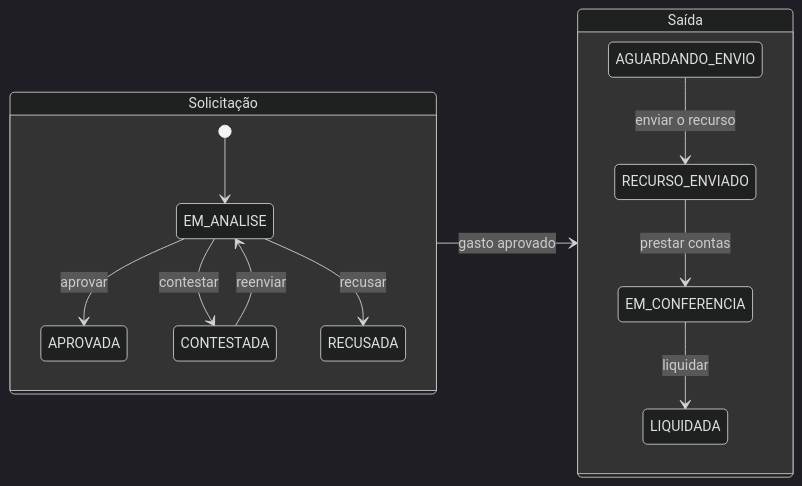
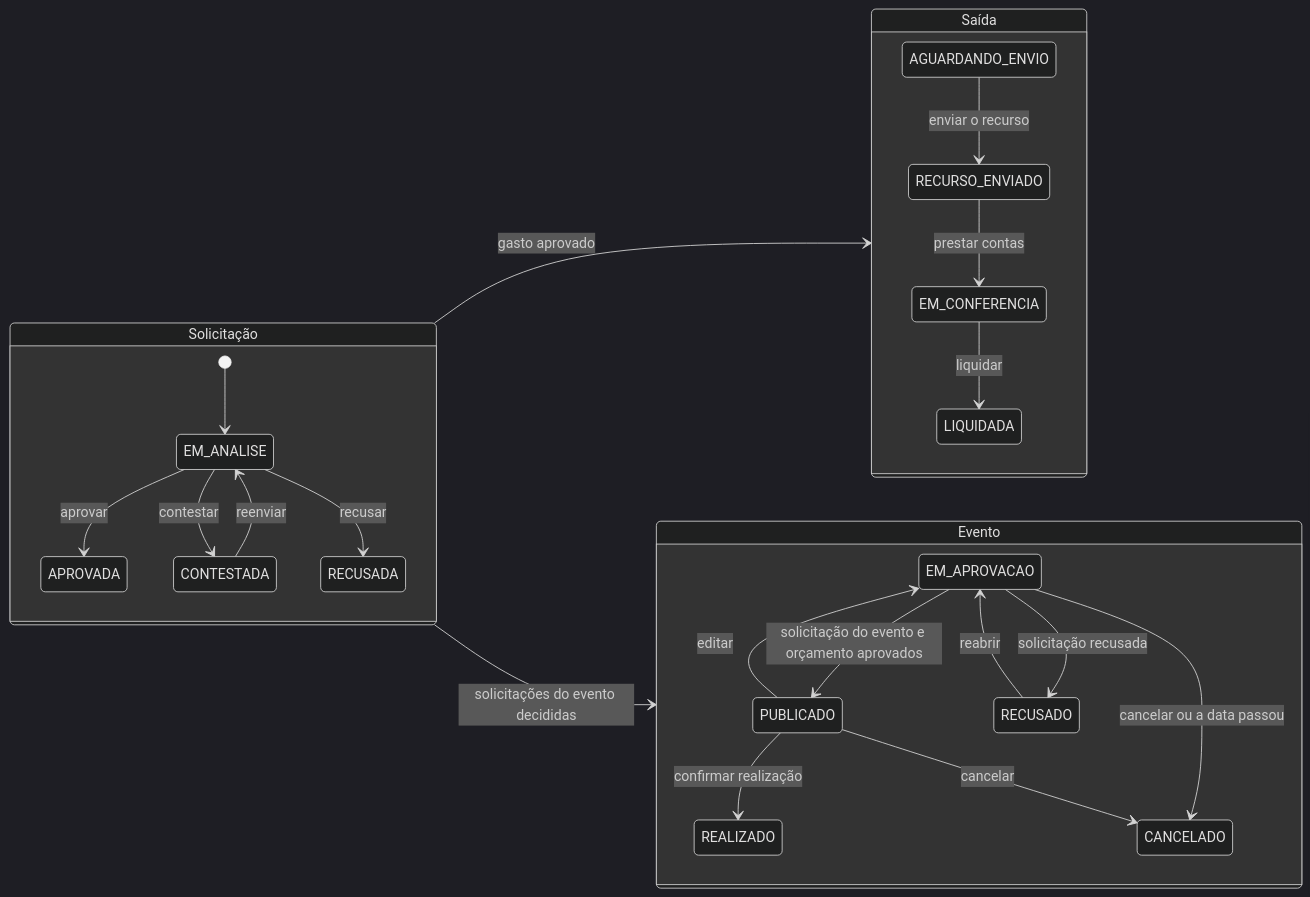
The third of 3 diagrams in README.md (Drolpg/Club-Manager), drawn with Mermaid (dark theme) before and after one commit. The commit also changed 4 other files, not shown here.

````diff
--- a/README.md
+++ b/README.md
@@ -82,17 +82,27 @@
 ```mermaid
 stateDiagram-v2
   direction LR
   state "Solicitação" as S {
     [*] --> EM_ANALISE
     EM_ANALISE --> APROVADA: aprovar
     EM_ANALISE --> CONTESTADA: contestar
     EM_ANALISE --> RECUSADA: recusar
     CONTESTADA --> EM_ANALISE: reenviar
   }
   state "Saída" as G {
     AGUARDANDO_ENVIO --> RECURSO_ENVIADO: enviar o recurso
     RECURSO_ENVIADO --> EM_CONFERENCIA: prestar contas
     EM_CONFERENCIA --> LIQUIDADA: liquidar
   }
+  state "Evento" as E {
+    EM_APROVACAO --> PUBLICADO: solicitação do evento e orçamento aprovados
+    EM_APROVACAO --> RECUSADO: solicitação recusada
+    RECUSADO --> EM_APROVACAO: reabrir
+    PUBLICADO --> EM_APROVACAO: editar
+    PUBLICADO --> REALIZADO: confirmar realização
+    EM_APROVACAO --> CANCELADO: cancelar ou a data passou
+    PUBLICADO --> CANCELADO: cancelar
+  }
   S --> G: gasto aprovado
+  S --> E: solicitações do evento decididas
 ```
````
